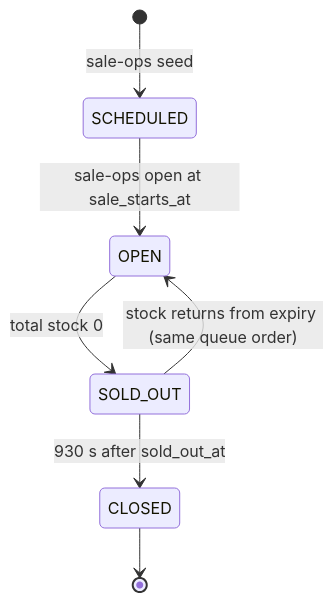
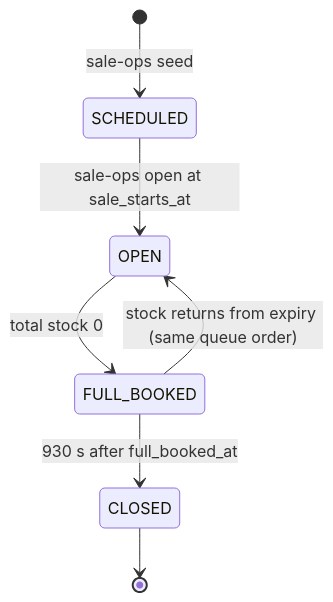
The fourth of 9 diagrams in architecture/high-level-design.md (PTServerJanganTumbang-BookingTicket/documentations), drawn with Mermaid before and after one commit. The commit also changed other lines of this file and 5 other files, not shown here.

Commit message:
[erma] chore: rename SOLD_OUT into FULL_BOOKED to remove confusion, since FULL_BOOKED is reversible.

````diff
--- a/architecture/high-level-design.md
+++ b/architecture/high-level-design.md
@@ -178,9 +178,9 @@
 ```mermaid
 stateDiagram-v2
     [*] --> SCHEDULED: sale-ops seed
     SCHEDULED --> OPEN: sale-ops open at sale_starts_at
-    OPEN --> SOLD_OUT: total stock 0
-    SOLD_OUT --> OPEN: stock returns from expiry (same queue order)
-    SOLD_OUT --> CLOSED: 930 s after sold_out_at
+    OPEN --> FULL_BOOKED: total stock 0
+    FULL_BOOKED --> OPEN: stock returns from expiry (same queue order)
+    FULL_BOOKED --> CLOSED: 930 s after full_booked_at
     CLOSED --> [*]
 ```
````
